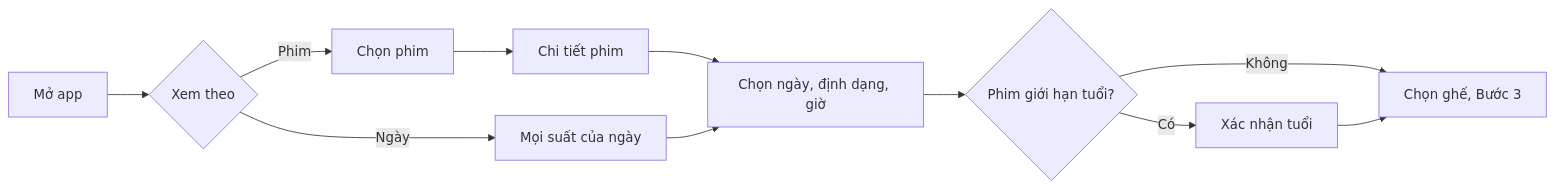
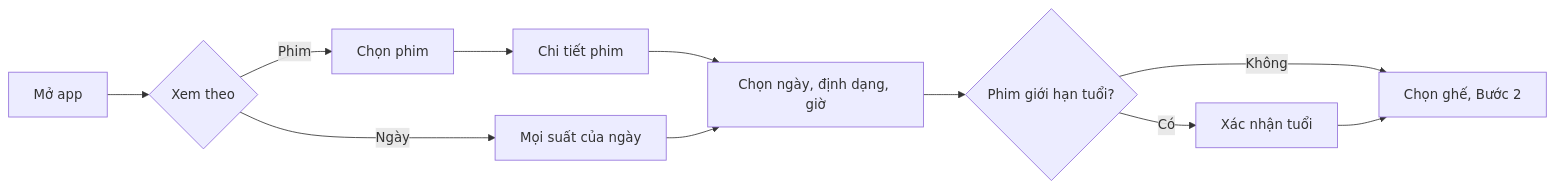
The second of 5 diagrams in docs/PRD.md (uxfoundation-vn/de08-dat-ve-xem-phim), drawn with Mermaid before and after one commit. The commit also changed other lines of this file and 2 other files, not shown here.

````diff
--- a/docs/PRD.md
+++ b/docs/PRD.md
@@ -297,13 +234,13 @@
 ```mermaid
 flowchart LR
   A["Mở app"] --> B{"Xem theo"}
   B -->|Phim| C["Chọn phim"]
   B -->|Ngày| D["Mọi suất của ngày"]
   C --> E["Chi tiết phim"]
   E --> F["Chọn ngày, định dạng, giờ"]
   D --> F
   F --> G{"Phim giới hạn tuổi?"}
   G -->|Có| H["Xác nhận tuổi"]
-  G -->|Không| I["Chọn ghế, Bước 3"]
+  G -->|Không| I["Chọn ghế, Bước 2"]
   H --> I
 ```
````
